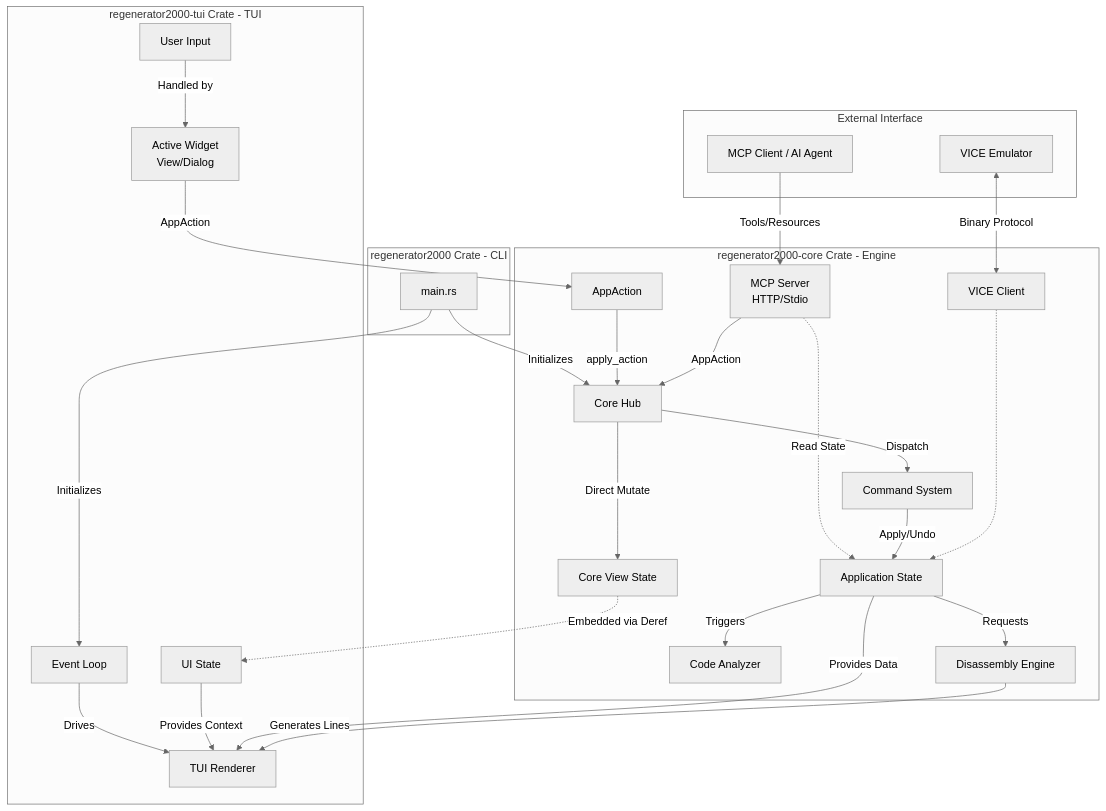
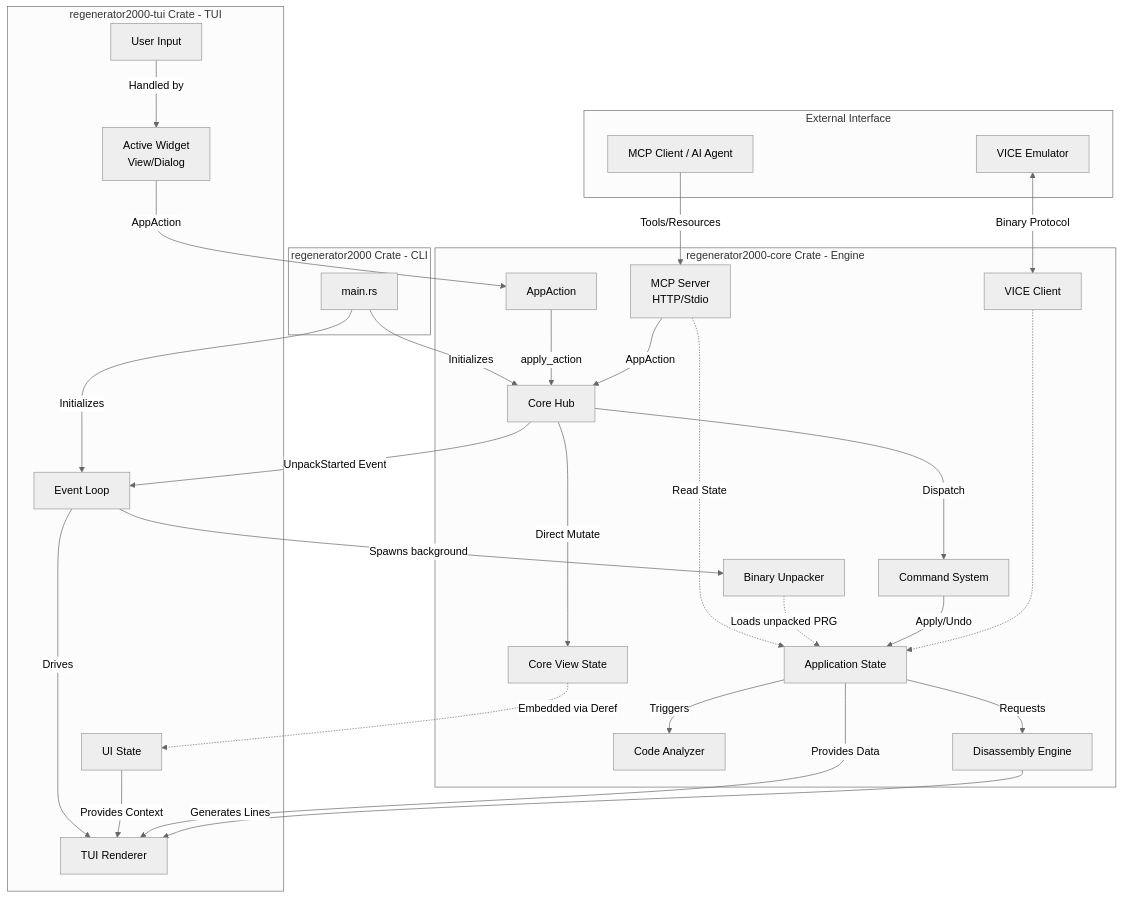
One commit to ricardoquesada/regenerator2000 changed the diagram in docs/architecture.md. Above: the diagram before and after it, drawn with Mermaid (neutral theme). The commit also changed other lines of this file and 2 other files, not shown here.

````diff
--- a/docs/architecture.md
+++ b/docs/architecture.md
@@ -7,58 +7,62 @@
 ```mermaid
 flowchart TD
     subgraph bin [regenerator2000 Crate - CLI]
         Main[main.rs]
     end
 
     subgraph tui_crate [regenerator2000-tui Crate - TUI]
         Input[User Input]
         EventLoop[Event Loop]
         Widget[Active Widget<br/>View/Dialog]
         Renderer[TUI Renderer]
         UIState[UI State]
     end
 
     subgraph core_crate [regenerator2000-core Crate - Engine]
         Core[Core Hub]
         Action[AppAction]
         CommandSys[Command System]
         AppState[Application State]
         CoreViewState[Core View State]
         Analyzer[Code Analyzer]
         DisasmEngine[Disassembly Engine]
         ViceClient[VICE Client]
         MCPServer[MCP Server<br/>HTTP/Stdio]
+        Unpacker[Binary Unpacker]
     end
 
     subgraph External [External Interface]
         MCPClient[MCP Client / AI Agent]
         VICE[VICE Emulator]
     end
 
     Main -->|Initializes| Core
     Main -->|Initializes| EventLoop
     Input -->|Handled by| Widget
     EventLoop -->|Drives| Renderer
     Widget -->|AppAction| Action
     Action -->|apply_action| Core
 
     MCPClient -->|Tools/Resources| MCPServer
     MCPServer -->|AppAction| Core
     MCPServer -.->|Read State| AppState
 
     Core -->|Dispatch| CommandSys
     Core -->|Direct Mutate| CoreViewState
+    Core -->|UnpackStarted Event| EventLoop
+    EventLoop -->|Spawns background| Unpacker
+    Unpacker -.->|Loads unpacked PRG| AppState
 
     CommandSys -->|Apply/Undo| AppState
 
     AppState -->|Requests| DisasmEngine
     AppState -->|Triggers| Analyzer
 
     CoreViewState -.->|Embedded via Deref| UIState
     UIState -->|Provides Context| Renderer
     AppState -->|Provides Data| Renderer
     DisasmEngine -->|Generates Lines| Renderer
 
     VICE <-->|Binary Protocol| ViceClient
     ViceClient -.-> AppState
 ```
````
